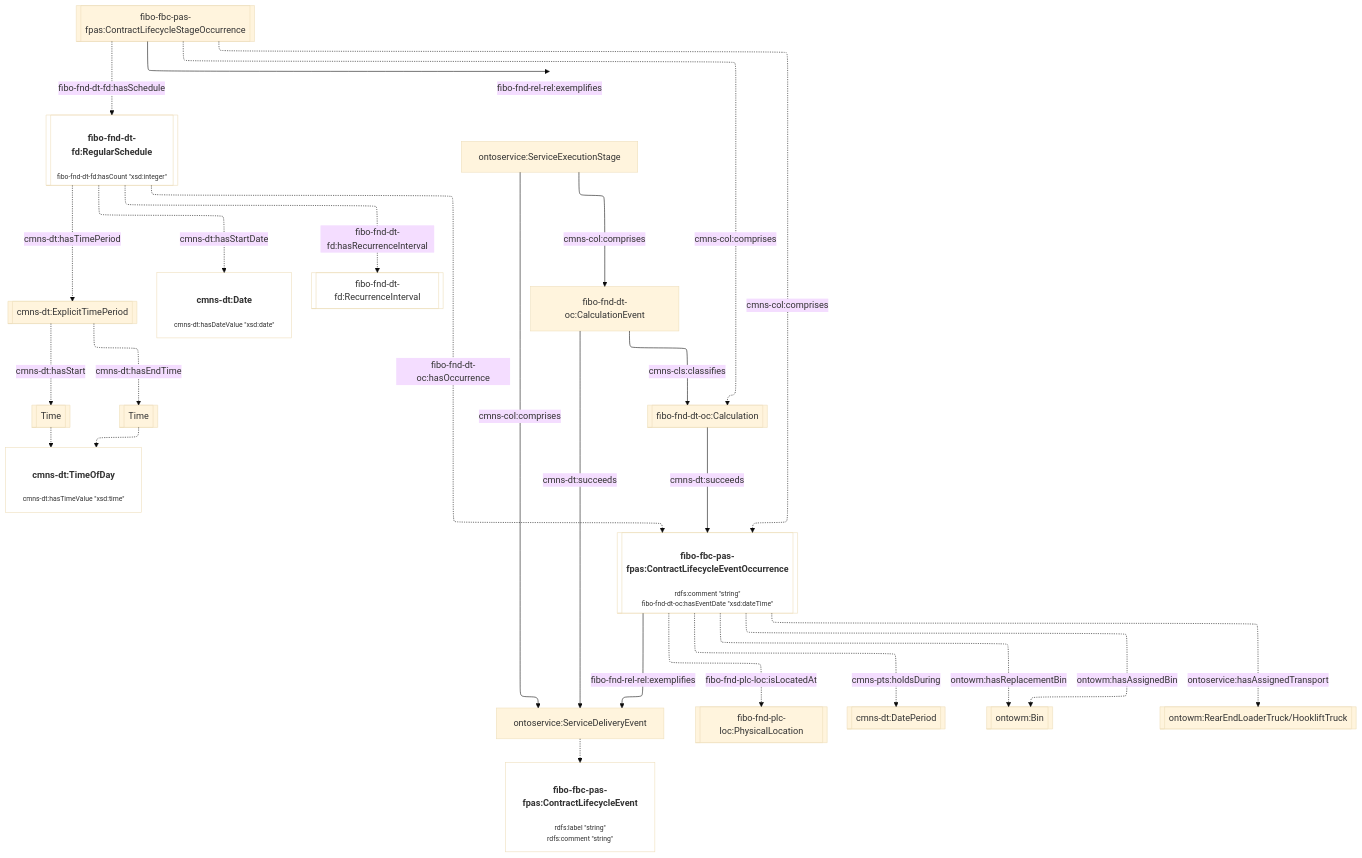
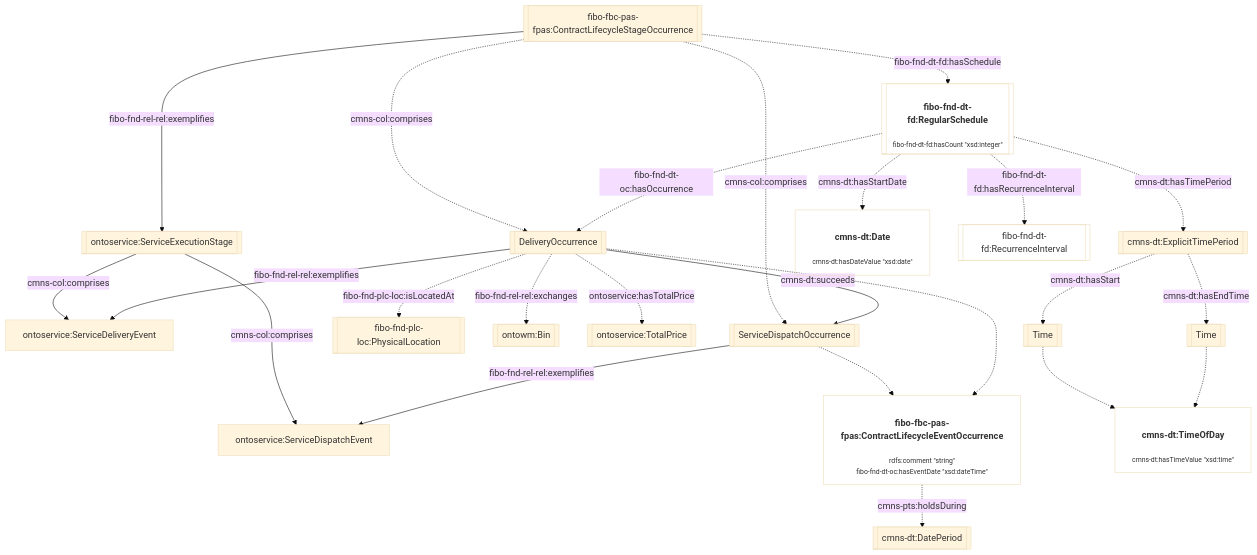
One commit to cambridge-cares/TheWorldAvatar changed the eighth of 14 diagrams in JPS_Ontology/ontology/ontowastemanagement/README.md. Above: the diagram before and after it, drawn with Mermaid (base theme). The commit also changed other lines of this file and 6 other files, not shown here.

Commit message:
dev-service-execution-ontology-extension: extended service execution stage with more granularity in events for initialisation, dispatch, and delivery

````diff
--- a/JPS_Ontology/ontology/ontowastemanagement/README.md
+++ b/JPS_Ontology/ontology/ontowastemanagement/README.md
@@ -258,39 +302,36 @@
 ```mermaid
 flowchart TD
-%%{init: {"flowchart": {"defaultRenderer": "elk"}} }%%
     %% Styling
     classDef literal fill:none
     classDef node overflow-wrap:break-word,text-wrap:pretty
     linkStyle default overflow-wrap:break-word,text-wrap:pretty;
 
     %% Contents
-    StageOccurrence[[fibo-fbc-pas-fpas:ContractLifecycleStageOccurrence]]  -. fibo-fnd-dt-fd:hasSchedule .-> Schedule[["<h4>fibo-fnd-dt-fd:RegularSchedule</h4><p style='font-size:0.75rem;'>fibo-fnd-dt-fd:hasCount &quot;xsd:integer&quot;</p>"]]:::literal
+    StageOccurrence[[fibo-fbc-pas-fpas:ContractLifecycleStageOccurrence]] -- fibo-fnd-rel-rel:exemplifies --> ServiceExecutionStage[[ontoservice:ServiceExecutionStage]]
+    ServiceExecutionStage -- cmns-col:comprises --> ServiceDispatchEvent[ontoservice:ServiceDispatchEvent]
+    ServiceExecutionStage -- cmns-col:comprises --> ServiceDeliveryEvent[ontoservice:ServiceDeliveryEvent]
+
+    StageOccurrence -. cmns-col:comprises .-> DispatchOccurrence[[ServiceDispatchOccurrence]]
+    DispatchOccurrence -- fibo-fnd-rel-rel:exemplifies --> ServiceDispatchEvent
+    DispatchOccurrence -.-> EventOccurrence["<h4>fibo-fbc-pas-fpas:ContractLifecycleEventOccurrence</h4><p style='font-size:0.75rem;'>rdfs:comment &quot;string&quot;<br>fibo-fnd-dt-oc:hasEventDate &quot;xsd:dateTime&quot;</p>"]:::literal
+    EventOccurrence -. cmns-pts:holdsDuring .-> DatePeriod[[cmns-dt:DatePeriod]]
+
+    StageOccurrence -. cmns-col:comprises .-> DeliveryOccurrence[[DeliveryOccurrence]]
+    DeliveryOccurrence -- fibo-fnd-rel-rel:exemplifies --> ServiceDeliveryEvent
+    DeliveryOccurrence -.-> EventOccurrence
+    DeliveryOccurrence -- cmns-dt:succeeds --> DispatchOccurrence
+    DeliveryOccurrence -. fibo-fnd-plc-loc:isLocatedAt .-> Location[[fibo-fnd-plc-loc:PhysicalLocation]]
+    DeliveryOccurrence -. fibo-fnd-rel-rel:exchanges .-> Bin[[ontowm:Bin]]
+    DeliveryOccurrence -. ontoservice:hasTotalPrice .-> TotalPrice[[ontoservice:TotalPrice]]
+
+    StageOccurrence  -. fibo-fnd-dt-fd:hasSchedule .-> Schedule[["<h4>fibo-fnd-dt-fd:RegularSchedule</h4><p style='font-size:0.75rem;'>fibo-fnd-dt-fd:hasCount &quot;xsd:integer&quot;</p>"]]:::literal
     Schedule -. cmns-dt:hasTimePeriod .-> TimePeriod[[cmns-dt:ExplicitTimePeriod]]
     TimePeriod -. cmns-dt:hasStart .-> StartTime[[Time]]
     TimePeriod -. cmns-dt:hasEndTime .-> EndTime[[Time]]
     StartTime -.-> Time["<h4>cmns-dt:TimeOfDay</h4><p style='font-size:0.75rem;'>cmns-dt:hasTimeValue &quot;xsd:time&quot;</p>"]:::literal
     EndTime -.-> Time
 
     Schedule -. cmns-dt:hasStartDate .-> StartDate["<h4>cmns-dt:Date</h4><p style='font-size:0.75rem;'>cmns-dt:hasDateValue &quot;xsd:date&quot;</p>"]:::literal
     Schedule -. fibo-fnd-dt-fd:hasRecurrenceInterval .-> Recurrence[[fibo-fnd-dt-fd:RecurrenceInterval]]:::literal
-    Schedule -. fibo-fnd-dt-oc:hasOccurrence .-> EventOccurrence[["<h4>fibo-fbc-pas-fpas:ContractLifecycleEventOccurrence</h4><p style='font-size:0.75rem;'>rdfs:comment &quot;string&quot;<br>fibo-fnd-dt-oc:hasEventDate &quot;xsd:dateTime&quot;</p>"]]:::literal
-
-    StageOccurrence-. cmns-col:comprises .-> EventOccurrence
-    StageOccurrence -. cmns-col:comprises .-> Calculation[[fibo-fnd-dt-oc:Calculation]]
-    ServiceExecutionStage[ontoservice:ServiceExecutionStage] -- cmns-col:comprises --> ServiceDeliveryEvent[ontoservice:ServiceDeliveryEvent]
-    ServiceExecutionStage -- cmns-col:comprises --> CalculationEvent[fibo-fnd-dt-oc:CalculationEvent]
-    StageOccurrence -- fibo-fnd-rel-rel:exemplifies --> ServiceExecutionStage
-    EventOccurrence -- fibo-fnd-rel-rel:exemplifies --> ServiceDeliveryEvent
-    CalculationEvent -- cmns-cls:classifies --> Calculation
-
-    CalculationEvent -- cmns-dt:succeeds --> ServiceDeliveryEvent
-    Calculation -- cmns-dt:succeeds --> EventOccurrence
-
-    EventOccurrence -. fibo-fnd-plc-loc:isLocatedAt .-> Location[[fibo-fnd-plc-loc:PhysicalLocation]]
-    EventOccurrence -. cmns-pts:holdsDuring .-> DatePeriod[[cmns-dt:DatePeriod]]
-    EventOccurrence -. ontowm:hasAssignedBin .-> Bin[[ontowm:Bin]]
-    EventOccurrence -. ontowm:hasReplacementBin .-> Bin[[ontowm:Bin]]
-    EventOccurrence -. ontoservice:hasAssignedTransport .-> Truck[[ontowm:RearEndLoaderTruck/HookliftTruck]]
-
-    ServiceDeliveryEvent -.-> Event["<h4>fibo-fbc-pas-fpas:ContractLifecycleEvent</h4><p style='font-size:0.75rem;'>rdfs:label &quot;string&quot;<br>rdfs:comment &quot;string&quot;</p>"]:::literal
+    Schedule -. fibo-fnd-dt-oc:hasOccurrence .-> DeliveryOccurrence
 ```
````
